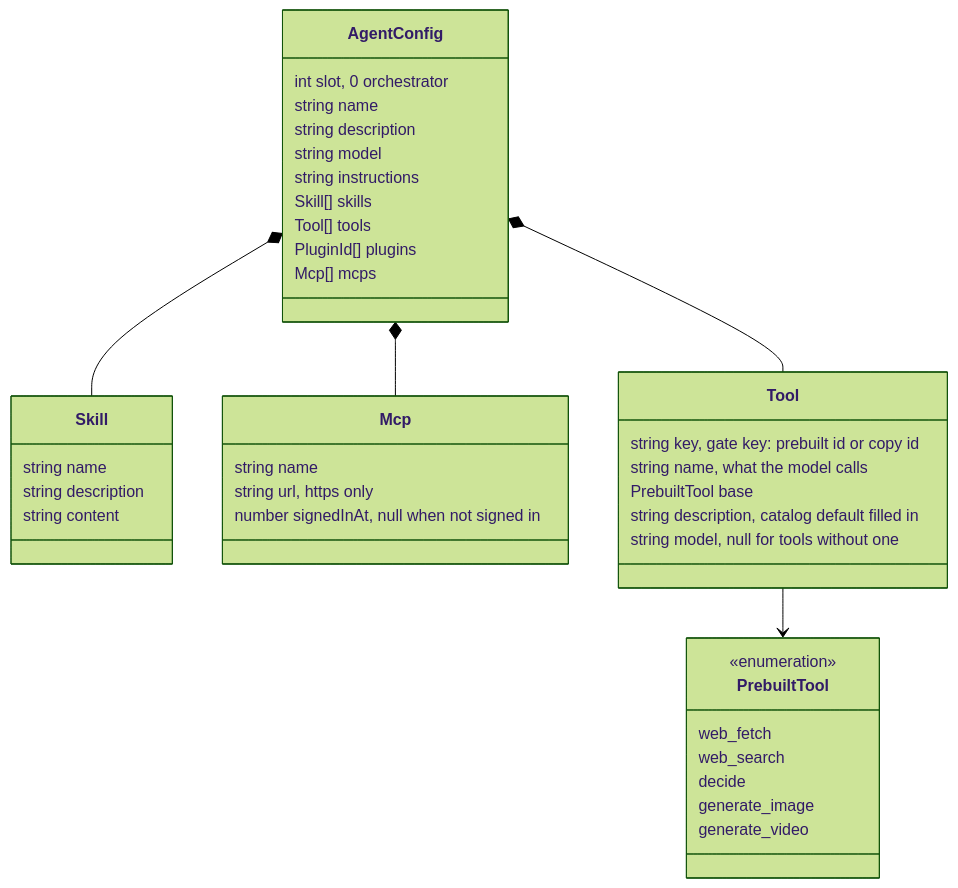
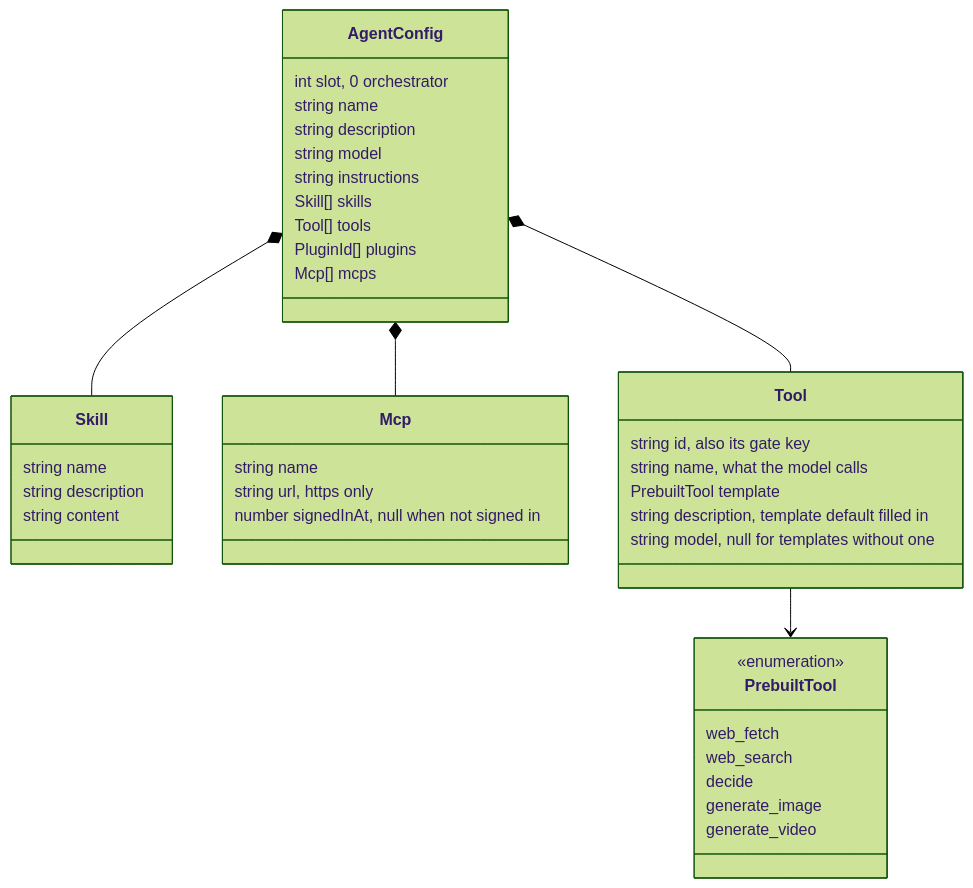
One commit to riley-zammit/Eve-Foundry changed the second of 3 diagrams in architecture.md. Above: the diagram before and after it, drawn with Mermaid (forest theme). The commit also changed other lines of this file and 15 other files, not shown here.

Commit message:
standardize tool/skill/connection instance model

````diff
--- a/architecture.md
+++ b/architecture.md
@@ -243,43 +252,43 @@
 ```mermaid
 classDiagram
     class AgentConfig {
         int slot, 0 orchestrator
         string name
         string description
         string model
         string instructions
         Skill[] skills
         Tool[] tools
         PluginId[] plugins
         Mcp[] mcps
     }
     class Skill {
         string name
         string description
         string content
     }
     class Mcp {
         string name
         string url, https only
         number signedInAt, null when not signed in
     }
     class Tool {
-        string key, gate key: prebuilt id or copy id
+        string id, also its gate key
         string name, what the model calls
-        PrebuiltTool base
-        string description, catalog default filled in
-        string model, null for tools without one
+        PrebuiltTool template
+        string description, template default filled in
+        string model, null for templates without one
     }
     class PrebuiltTool {
         <<enumeration>>
         web_fetch
         web_search
         decide
         generate_image
         generate_video
     }
     AgentConfig *-- Skill
     AgentConfig *-- Mcp
     AgentConfig *-- Tool
     Tool --> PrebuiltTool
 ```
````
